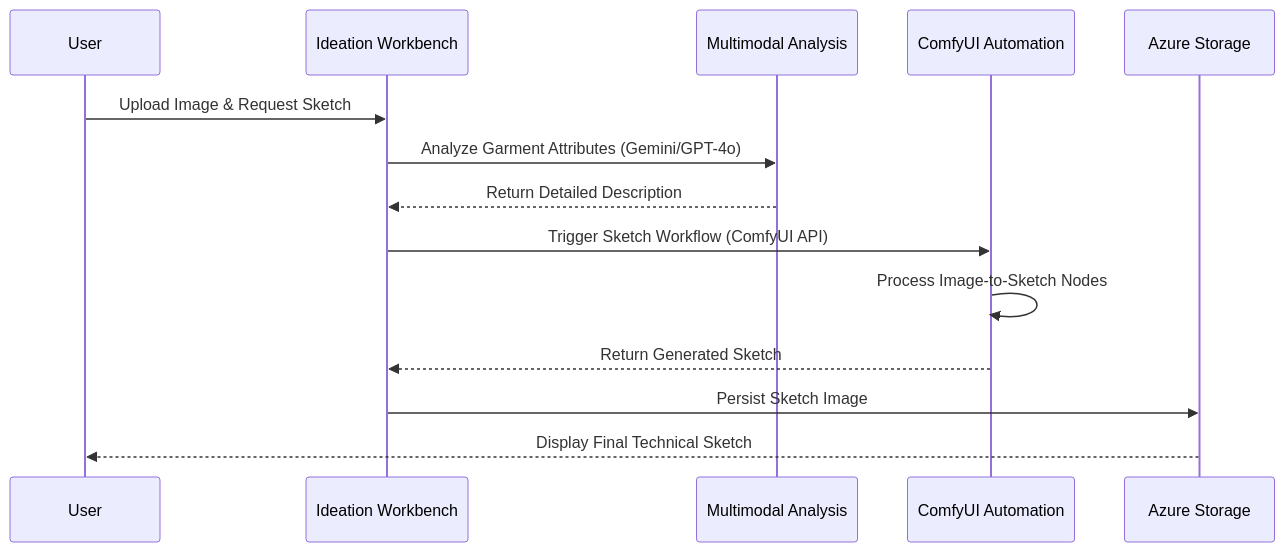
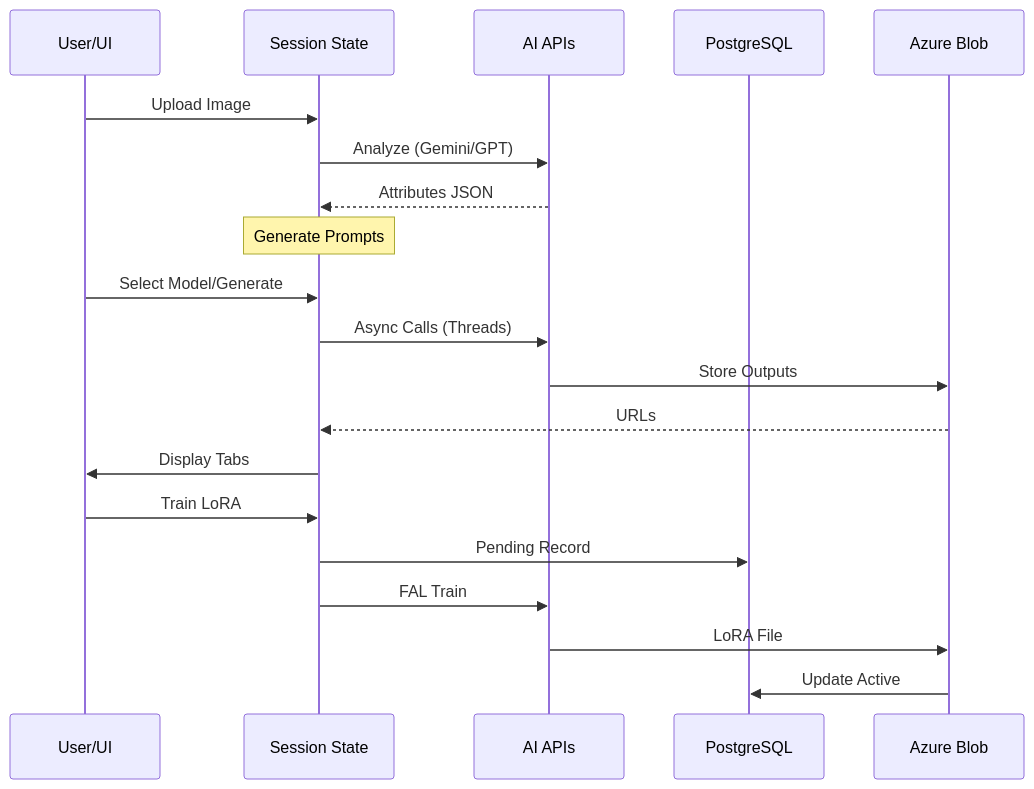
One commit to aukei/lfcodewiki changed the second of 2 diagrams in LFAIDesign/overview.md. Above: the diagram before and after it, drawn with Mermaid. The commit also changed other lines of this file and 12 other files, not shown here.

````diff
--- a/LFAIDesign/overview.md
+++ b/LFAIDesign/overview.md
@@ -56,17 +87,25 @@
 ```mermaid
 sequenceDiagram
-    participant User
-    participant IW as Ideation Workbench
-    participant GMA as Multimodal Analysis
-    participant CUI as ComfyUI Automation
-    participant AZ as Azure Storage
+    participant U as User/UI
+    participant SS as Session State
+    participant API as AI APIs
+    participant DB as PostgreSQL
+    participant AZ as Azure Blob
 
-    User->>IW: Upload Image & Request Sketch
-    IW->>GMA: Analyze Garment Attributes (Gemini/GPT-4o)
-    GMA-->>IW: Return Detailed Description
-    IW->>CUI: Trigger Sketch Workflow (ComfyUI API)
-    CUI->>CUI: Process Image-to-Sketch Nodes
-    CUI-->>IW: Return Generated Sketch
-    IW->>AZ: Persist Sketch Image
-    AZ-->>User: Display Final Technical Sketch
+    U->>SS: Upload Image
+    SS->>API: Analyze (Gemini/GPT)
+    API-->>SS: Attributes JSON
+    Note over SS: Generate Prompts
+
+    U->>SS: Select Model/Generate
+    SS->>API: Async Calls (Threads)
+    API->>AZ: Store Outputs
+    AZ-->>SS: URLs
+    SS->>U: Display Tabs
+
+    U->>SS: Train LoRA
+    SS->>DB: Pending Record
+    SS->>API: FAL Train
+    API->>AZ: LoRA File
+    AZ->>DB: Update Active
 ```
````
